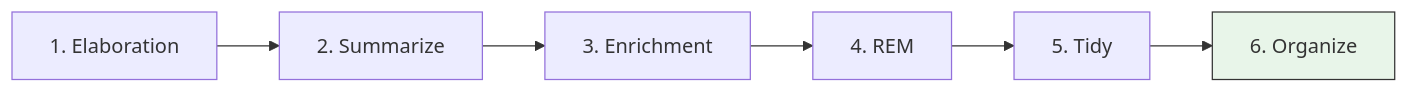
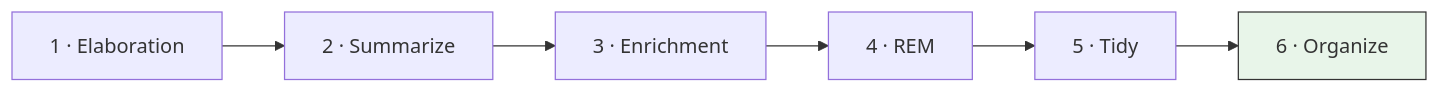
The third of 12 diagrams in ARCHITECTURE.md (dustinkeeton/obsidian-synapse), drawn with Mermaid before and after one commit. The commit also changed other lines of this file and 1 other file, not shown here.

Commit message:
docs: add command-pipeline Mermaid diagram (#388)

````diff
--- a/ARCHITECTURE.md
+++ b/ARCHITECTURE.md
@@ -354,5 +356,5 @@
 ```mermaid
 graph LR
-    Elab["1. Elaboration"] --> Summ["2. Summarize"] --> Enrich["3. Enrichment"] --> Rem["4. REM"] --> Tidy["5. Tidy"] --> Org["6. Organize"]
+    Elab["1 · Elaboration"] --> Summ["2 · Summarize"] --> Enrich["3 · Enrichment"] --> Rem["4 · REM"] --> Tidy["5 · Tidy"] --> Org["6 · Organize"]
     style Org fill:#e8f5e9,stroke:#333
 ```
````
